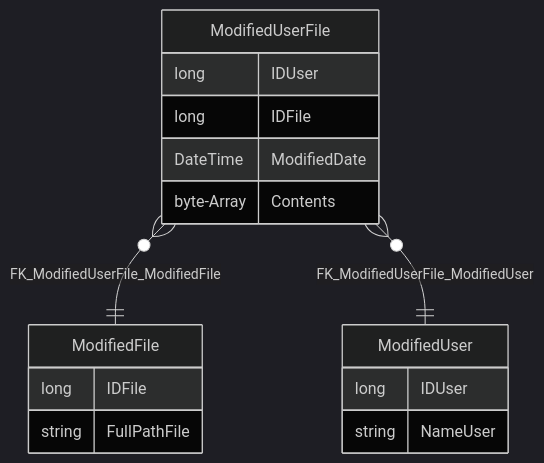
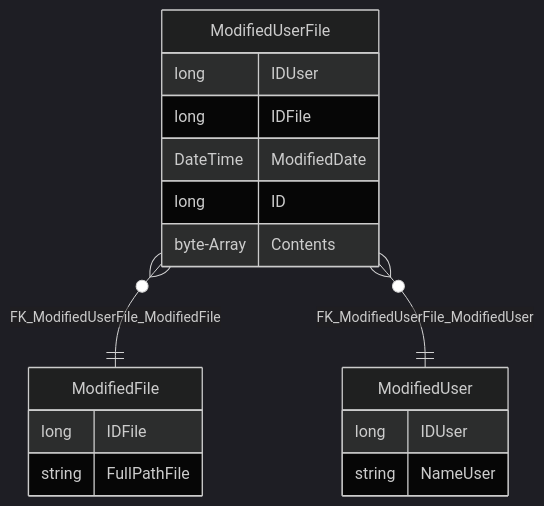
The diagram in src/DirBrowser/DBGenerated/DBGenerated/DBGenerated.Models/Generated/DB/ApplicationDBContext/ApplicationDBContext.md (MicroservicesBuffet/directoryBrowser), drawn with Mermaid (dark theme) before and after one commit. The commit also changed 29 other files, not shown here.

````diff
--- a/src/DirBrowser/DBGenerated/DBGenerated/DBGenerated.Models/Generated/DB/ApplicationDBContext/ApplicationDBContext.md
+++ b/src/DirBrowser/DBGenerated/DBGenerated/DBGenerated.Models/Generated/DB/ApplicationDBContext/ApplicationDBContext.md
@@ -6,30 +6,32 @@
 ```mermaid
 erDiagram
     ModifiedFile {
       
       long IDFile 
       
       string FullPathFile 
     
     }
     ModifiedUser {
       
       long IDUser 
       
       string NameUser 
     
     }
     ModifiedUserFile {
       
       long IDUser 
       
       long IDFile 
       
       DateTime ModifiedDate 
       
+      long ID 
+      
       byte-Array Contents 
     
     }
     ModifiedUserFile }o--|| ModifiedFile : FK_ModifiedUserFile_ModifiedFile
     ModifiedUserFile }o--|| ModifiedUser : FK_ModifiedUserFile_ModifiedUser
 ```
````
